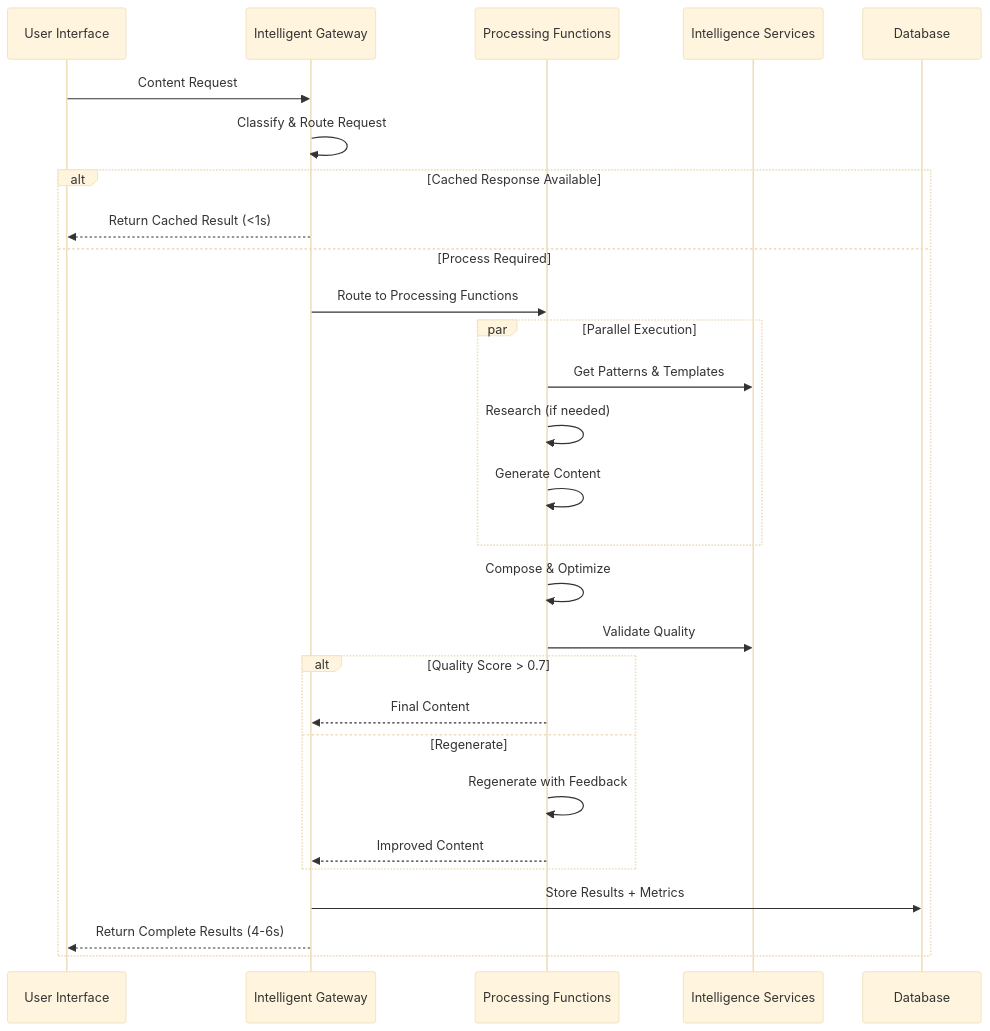
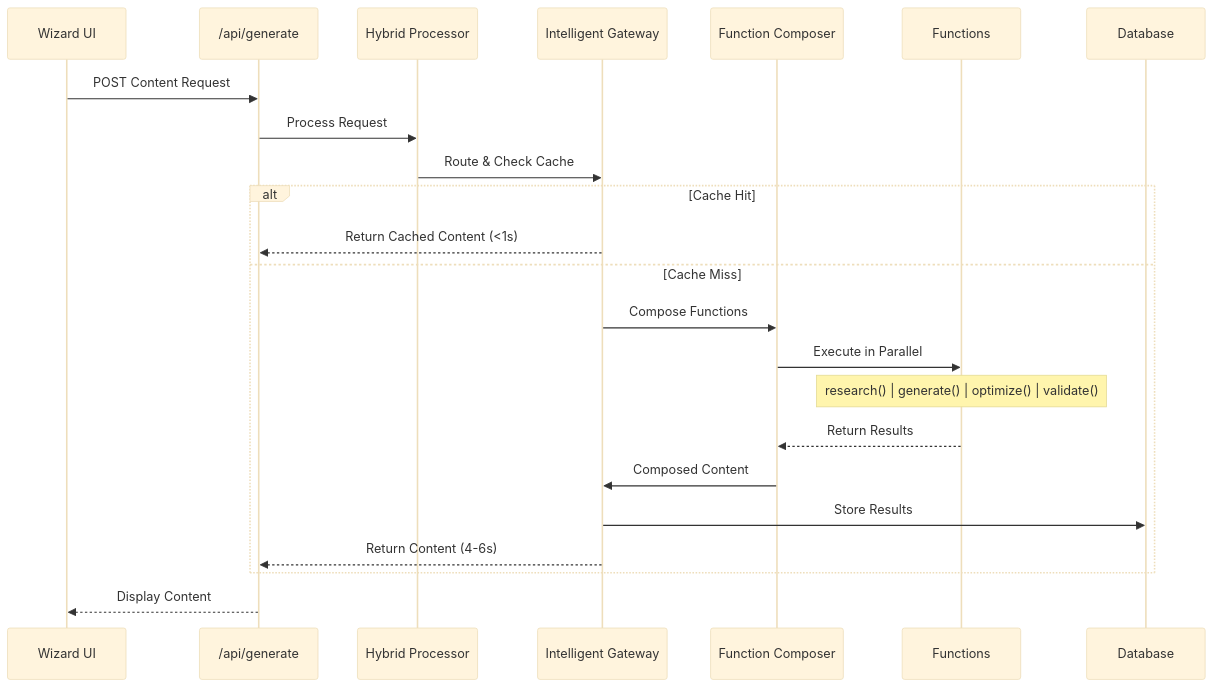
One commit to Henninght/StoryScale-NEW changed the diagram in agents.md. Above: the diagram before and after it, drawn with Mermaid (base theme). The commit also changed other lines of this file and 29 other files, not shown here.

First line of the commit message:
feat: Complete LinkedIn wizard with Claude Sonnet 4 integration

````diff
--- a/agents.md
+++ b/agents.md
@@ -61,36 +41,28 @@
 ```mermaid
 sequenceDiagram
-    participant UI as User Interface
+    participant UI as Wizard UI
+    participant API as /api/generate
+    participant HP as Hybrid Processor
     participant GW as Intelligent Gateway
-    participant PROC as Processing Functions
-    participant INTEL as Intelligence Services
+    participant FC as Function Composer
+    participant F as Functions
     participant DB as Database
 
-    UI->>GW: Content Request
-    GW->>GW: Classify & Route Request
+    UI->>API: POST Content Request
+    API->>HP: Process Request
+    HP->>GW: Route & Check Cache
     
-    alt Cached Response Available
-        GW-->>UI: Return Cached Result (<1s)
-    else Process Required
-        GW->>PROC: Route to Processing Functions
-        
-        par Parallel Execution
-            PROC->>INTEL: Get Patterns & Templates
-            PROC->>PROC: Research (if needed)
-            PROC->>PROC: Generate Content
-        end
-        
-        PROC->>PROC: Compose & Optimize
-        PROC->>INTEL: Validate Quality
-        
-        alt Quality Score > 0.7
-            PROC-->>GW: Final Content
-        else Regenerate
-            PROC->>PROC: Regenerate with Feedback
-            PROC-->>GW: Improved Content
-        end
-        
-        GW->>DB: Store Results + Metrics
-        GW-->>UI: Return Complete Results (4-6s)
+    alt Cache Hit
+        GW-->>API: Return Cached Content (<1s)
+    else Cache Miss
+        GW->>FC: Compose Functions
+        FC->>F: Execute in Parallel
+        Note over F: research() | generate() | optimize() | validate()
+        F-->>FC: Return Results
+        FC->>GW: Composed Content
+        GW->>DB: Store Results
+        GW-->>API: Return Content (4-6s)
     end
+    
+    API-->>UI: Display Content
 ```
````
